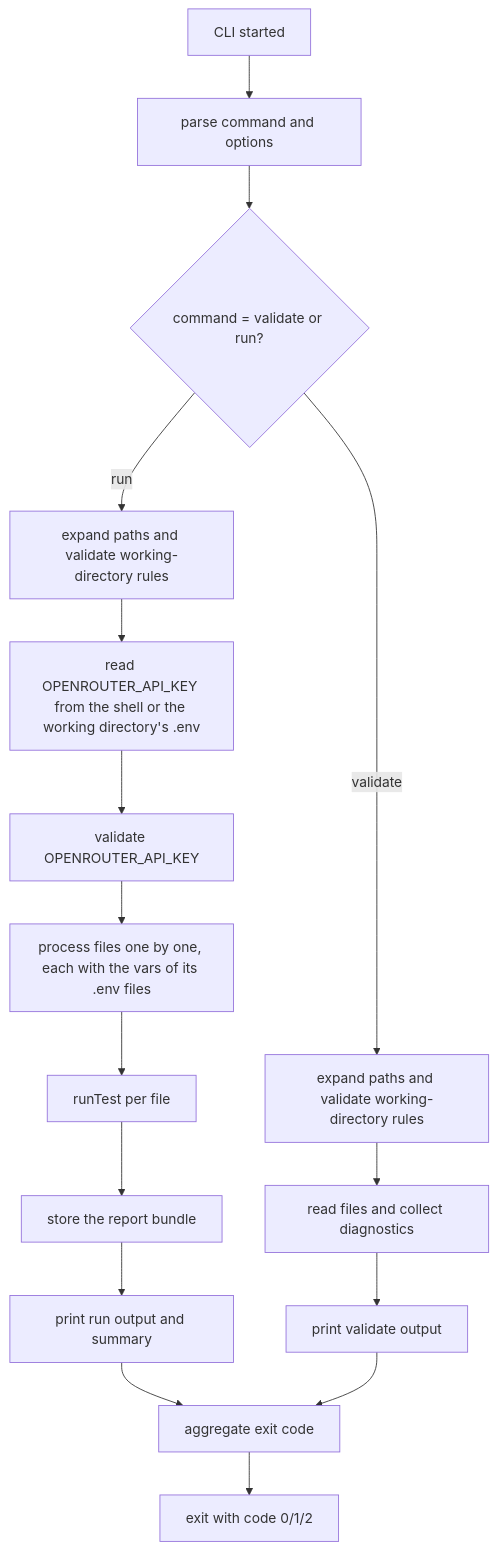
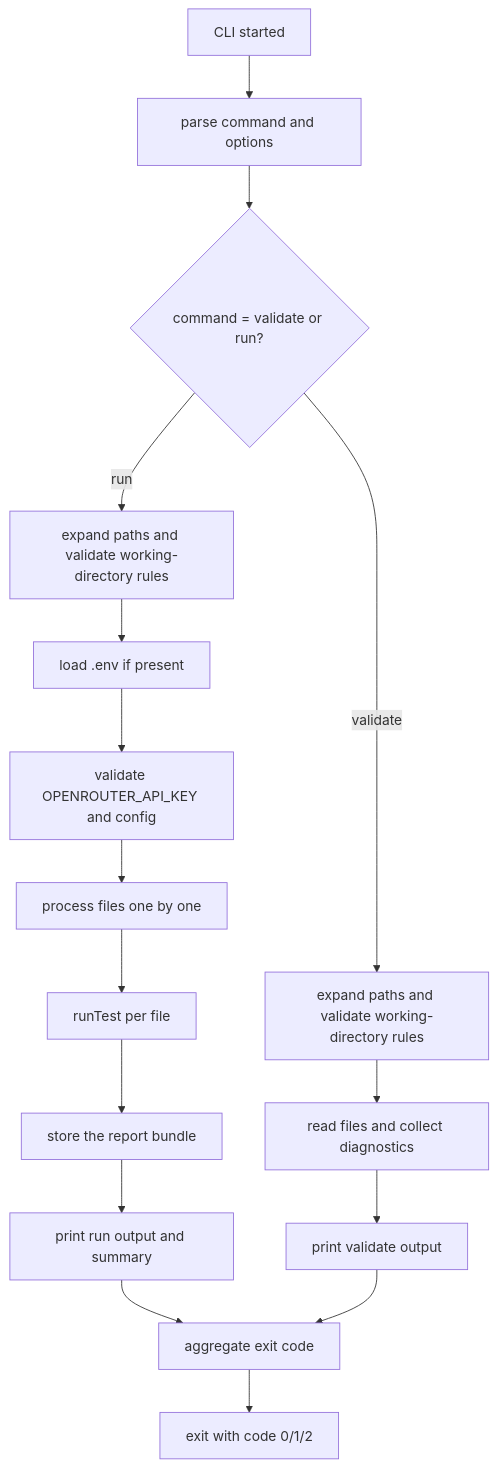
The diagram in docs/tech/cli.md (yike2/Jevwright), drawn with Mermaid before and after one commit. The commit also changed other lines of this file and 2 other files, not shown here.

Commit message:
docs(cli): read .env only from the working directory (#114)

````diff
--- a/docs/tech/cli.md
+++ b/docs/tech/cli.md
@@ -87,18 +85,18 @@
 ```mermaid
 flowchart TD
   A[CLI started] --> B[parse command and options]
   B --> C{command = validate or run?}
   C -->|validate| D[expand paths and validate working-directory rules]
   C -->|run| E[expand paths and validate working-directory rules]
   D --> F[read files and collect diagnostics]
-  E --> G[read OPENROUTER_API_KEY from the shell or the working directory's .env]
-  G --> H[validate OPENROUTER_API_KEY]
-  H --> I[process files one by one, each with the vars of its .env files]
+  E --> G[load .env if present]
+  G --> H[validate OPENROUTER_API_KEY and config]
+  H --> I[process files one by one]
   F --> J[print validate output]
   I --> K[runTest per file]
   K --> L[store the report bundle]
   L --> M[print run output and summary]
   M --> N[aggregate exit code]
   J --> N
   N --> O[exit with code 0/1/2]
 ```
````
